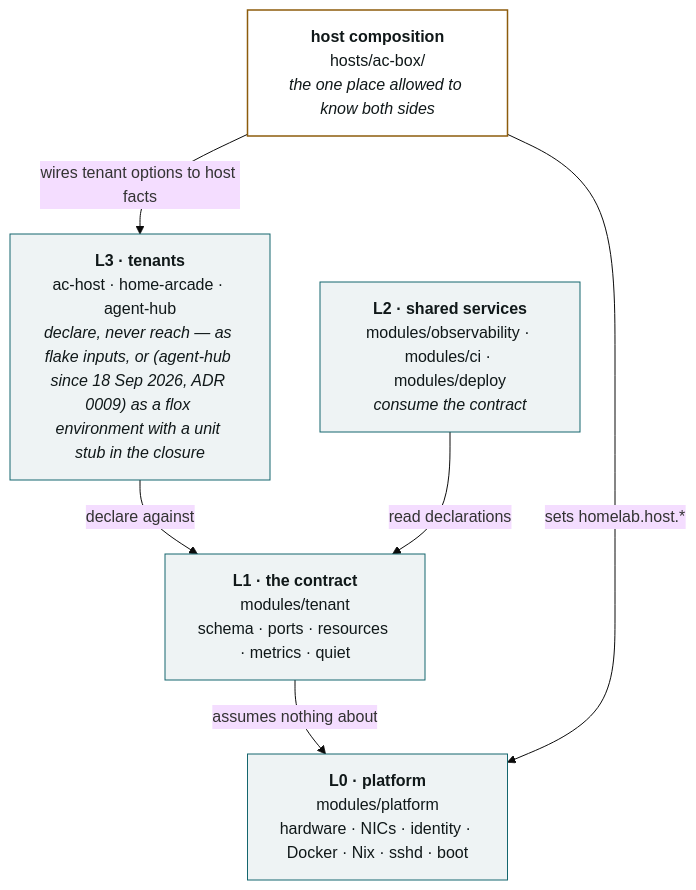
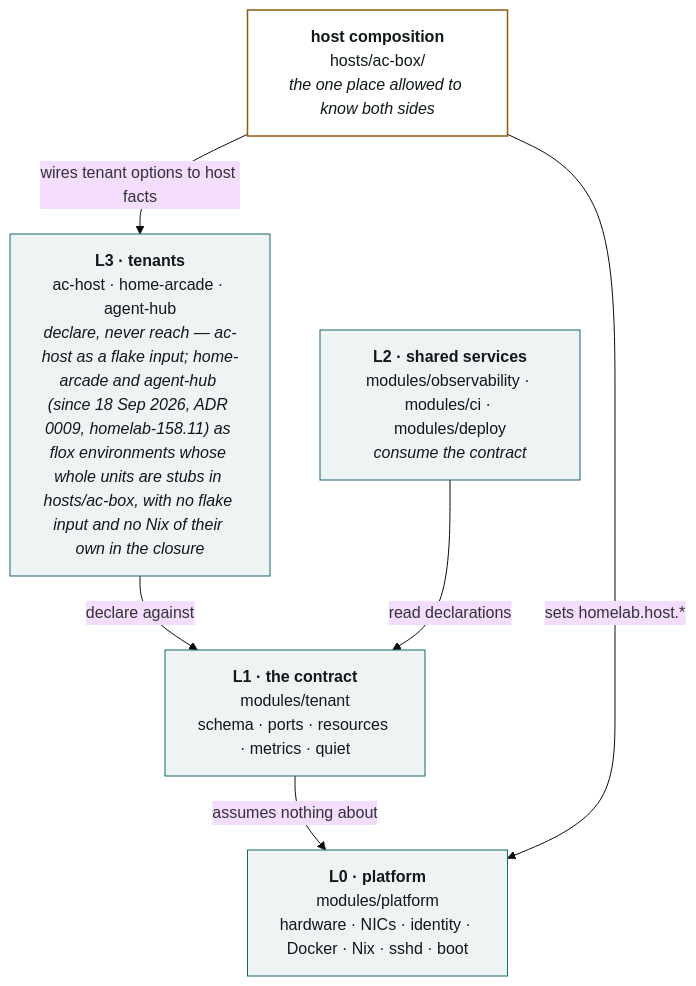
The first of 5 diagrams in docs/architecture.md (imkarrer/homelab), drawn with Mermaid (base theme) before and after one commit. The commit also changed other lines of this file and 2 other files, not shown here.

First line of the commit message:
docs: L3 is environments -- ac-host the one input left; bump-lock is its alone

````diff
--- a/docs/architecture.md
+++ b/docs/architecture.md
@@ -31,19 +31,19 @@
 ```mermaid
 flowchart TD
-    L3["<b>L3 · tenants</b><br/>ac-host · home-arcade · agent-hub<br/><i>declare, never reach — as flake inputs, or (agent-hub since 18 Sep 2026, ADR 0009) as a flox environment with a unit stub in the closure</i>"]
+    L3["<b>L3 · tenants</b><br/>ac-host · home-arcade · agent-hub<br/><i>declare, never reach — ac-host as a flake input; home-arcade and agent-hub (since 18 Sep 2026, ADR 0009, homelab-158.11) as flox environments whose whole units are stubs in hosts/ac-box, with no flake input and no Nix of their own in the closure</i>"]
     L2["<b>L2 · shared services</b><br/>modules/observability · modules/ci · modules/deploy<br/><i>consume the contract</i>"]
     L1["<b>L1 · the contract</b><br/>modules/tenant<br/>schema · ports · resources · metrics · quiet"]
     L0["<b>L0 · platform</b><br/>modules/platform<br/>hardware · NICs · identity · Docker · Nix · sshd · boot"]
     HOST["<b>host composition</b><br/>hosts/ac-box/<br/><i>the one place allowed to know both sides</i>"]
 
     L3 -- "declare against" --> L1
     L2 -- "read declarations" --> L1
     L1 -- "assumes nothing about" --> L0
     HOST -- "wires tenant options to host facts" --> L3
     HOST -- "sets homelab.host.*" --> L0
 
     classDef layer fill:#eef3f4,stroke:#14666e,stroke-width:1px,color:#101819;
     classDef host fill:#fff,stroke:#8d5c0c,stroke-width:1.5px,color:#101819;
     class L0,L1,L2,L3 layer;
     class HOST host;
 ```
````
